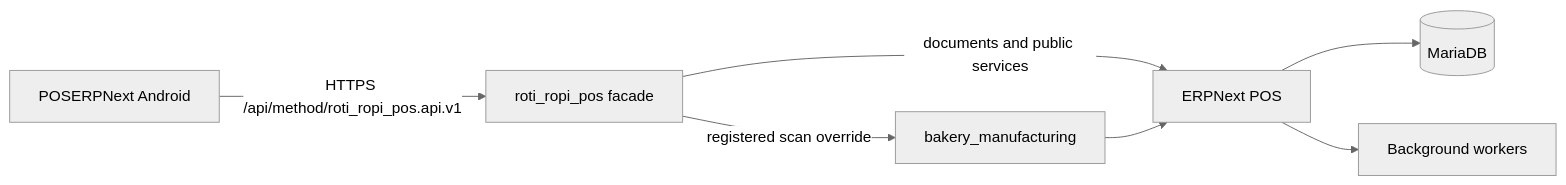
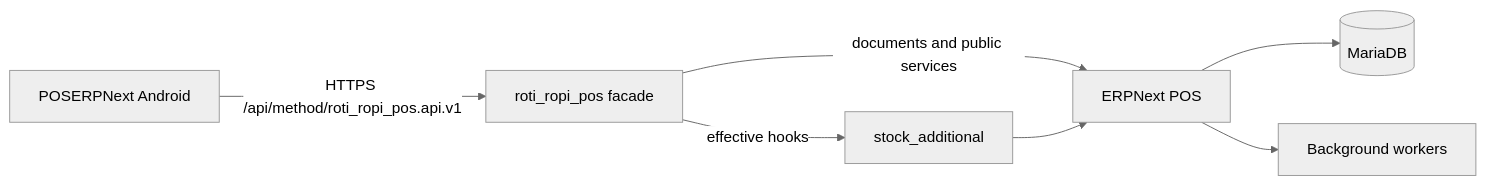
Before and after one commit to Muhayustrid/roti_ropi_pos: the diagram in docs/mobile-pos/architecture.md, drawn with Mermaid (neutral theme). The commit also changed other lines of this file and 8 other files, not shown here.

````diff
--- a/docs/mobile-pos/architecture.md
+++ b/docs/mobile-pos/architecture.md
@@ -44,9 +46,9 @@
 ```mermaid
 flowchart LR
     A[POSERPNext Android] -->|HTTPS /api/method/roti_ropi_pos.api.v1| B[roti_ropi_pos facade]
     B -->|documents and public services| C[ERPNext POS]
-    B -->|registered scan override| D[bakery_manufacturing]
+    B -->|effective hooks| D[stock_additional]
     C --> E[(MariaDB)]
     C --> F[Background workers]
     D --> C
 ```
````
